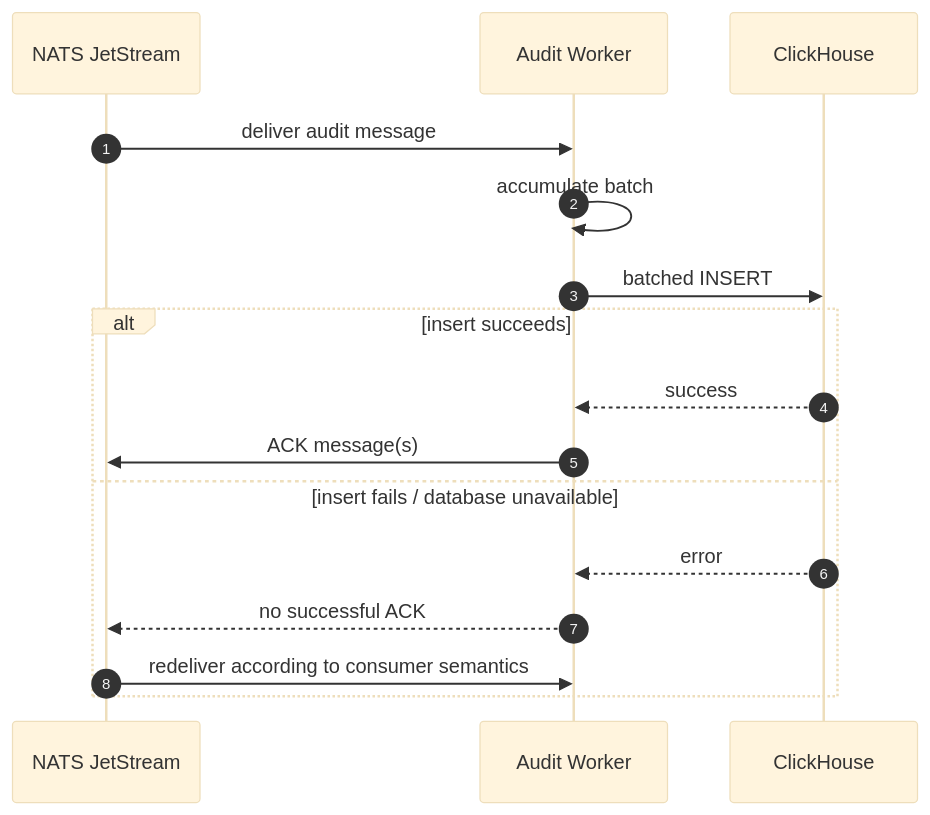
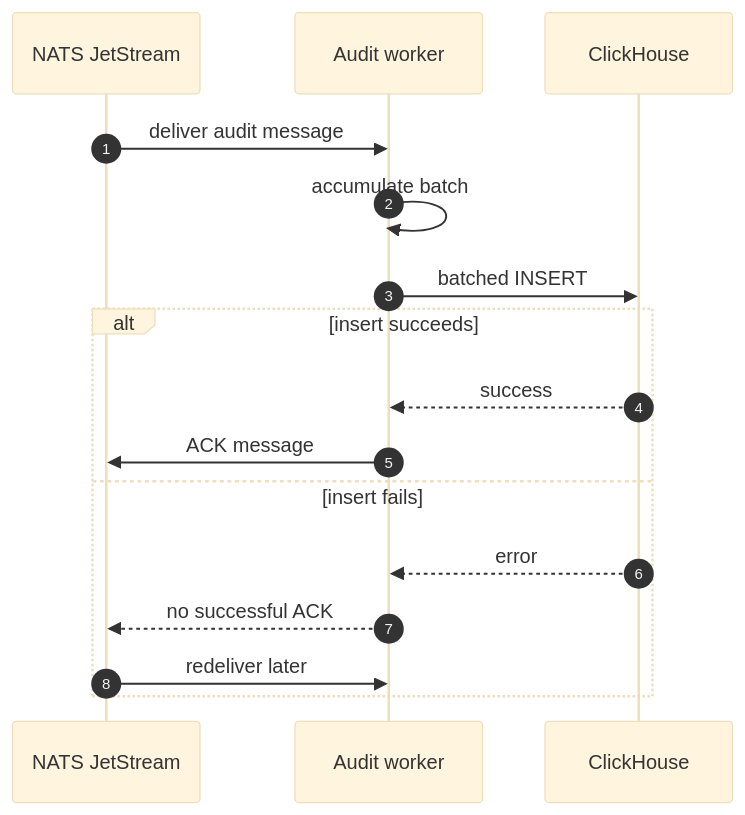
One commit to Jstarzz/geotagger changed the sixth of 21 diagrams in docs/ARCHITECTURE.md. Above: the diagram before and after it, drawn with Mermaid (base theme). The commit also changed other lines of this file, not shown here.

Commit message:
docs: replace architecture diagrams with GitHub-safe Mermaid

````diff
--- a/docs/ARCHITECTURE.md
+++ b/docs/ARCHITECTURE.md
@@ -222,19 +148,18 @@
 ```mermaid
 sequenceDiagram
     autonumber
     participant N as NATS JetStream
-    participant W as Audit Worker
+    participant W as Audit worker
     participant C as ClickHouse
-
     N->>W: deliver audit message
     W->>W: accumulate batch
     W->>C: batched INSERT
     alt insert succeeds
         C-->>W: success
-        W->>N: ACK message(s)
-    else insert fails / database unavailable
+        W->>N: ACK message
+    else insert fails
         C-->>W: error
         W-->>N: no successful ACK
-        N->>W: redeliver according to consumer semantics
+        N->>W: redeliver later
     end
 ```
````
